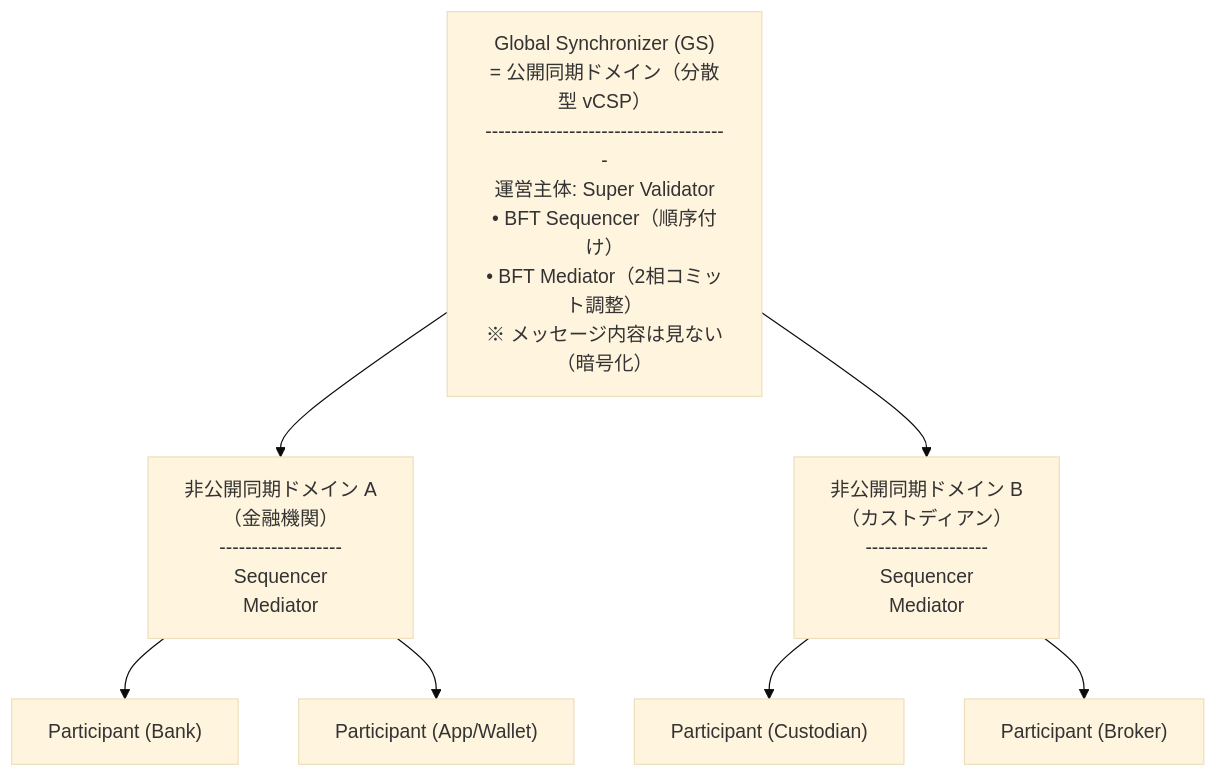
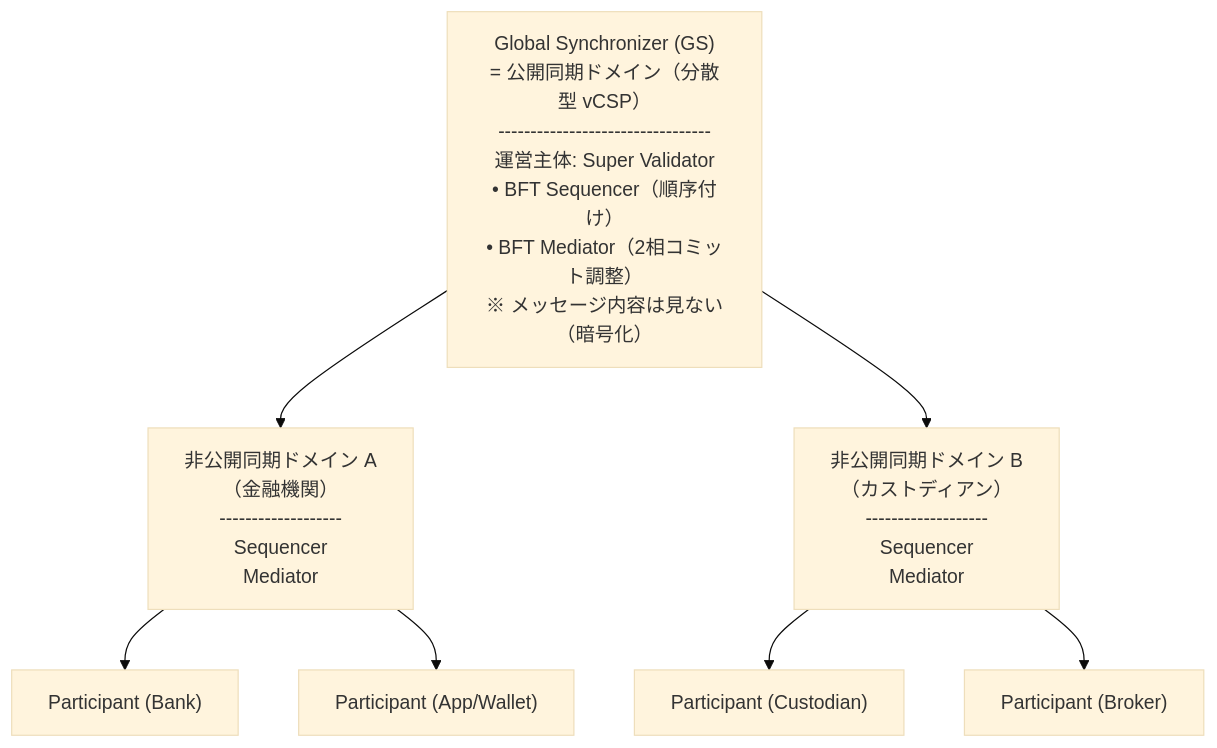
The third of 7 diagrams in articles/canton-intro.md (liray-unendlich/zenn-articles), drawn with Mermaid (base theme) before and after one commit.

````diff
--- a/articles/canton-intro.md
+++ b/articles/canton-intro.md
@@ -240,16 +240,16 @@
 ```mermaid
 flowchart TD
-    GS["Global Synchronizer (GS)<br>= 公開同期ドメイン（分散型 vCSP）<br>--------------------------------------<br>運営主体: Super Validator<br>• BFT Sequencer（順序付け）<br>• BFT Mediator（2相コミット調整）<br>※ メッセージ内容は見ない（暗号化）"]
+    GS["Global Synchronizer (GS)<br>= 公開同期ドメイン（分散型 vCSP）<br>---------------------------------<br>運営主体: Super Validator<br>• BFT Sequencer（順序付け）<br>• BFT Mediator（2相コミット調整）<br>※ メッセージ内容は見ない（暗号化）"]
 
     GS --> DomainA
     GS --> DomainB
 
     DomainA["非公開同期ドメイン A<br>（金融機関）<br>-------------------<br>Sequencer<br>Mediator"]
     DomainB["非公開同期ドメイン B<br>（カストディアン）<br>-------------------<br>Sequencer<br>Mediator"]
 
     DomainA --> PartBank["Participant (Bank)"]
     DomainA --> PartApp["Participant (App/Wallet)"]
 
     DomainB --> PartCustodian["Participant (Custodian)"]
     DomainB --> PartBroker["Participant (Broker)"]
 ```
````
